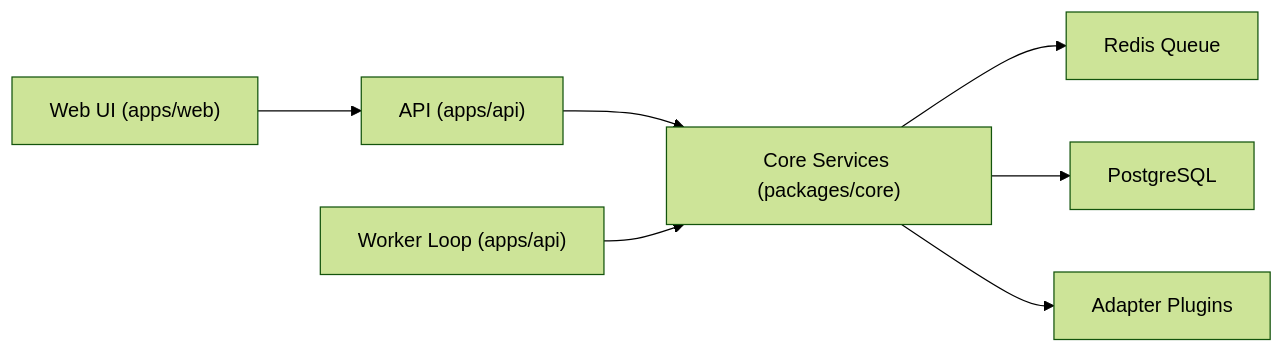
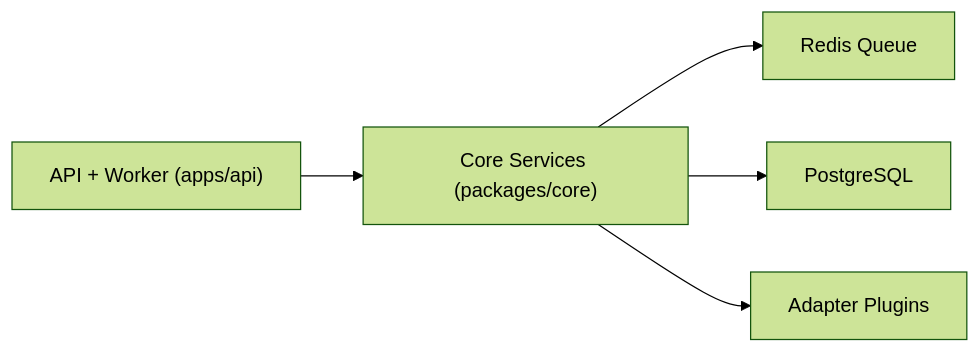
The first of 2 diagrams in docs/architecture.md (penyululz/integrator-project), drawn with Mermaid (forest theme) before and after one commit. The commit also changed other lines of this file and 140 other files, not shown here.

````diff
--- a/docs/architecture.md
+++ b/docs/architecture.md
@@ -35,9 +32,7 @@
 ```mermaid
 graph LR
-  UI["Web UI (apps/web)"] --> API["API (apps/api)"]
-  API --> Core["Core Services (packages/core)"]
+  API["API + Worker (apps/api)"] --> Core["Core Services (packages/core)"]
   Core --> Queue["Redis Queue"]
   Core --> DB["PostgreSQL"]
   Core --> Plugins["Adapter Plugins"]
-  Worker["Worker Loop (apps/api)"] --> Core
 ```
````
